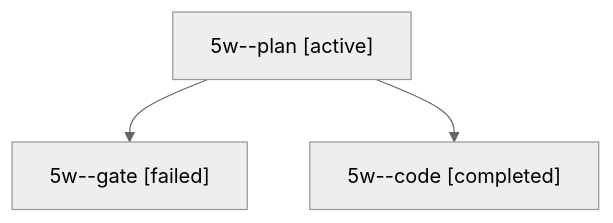
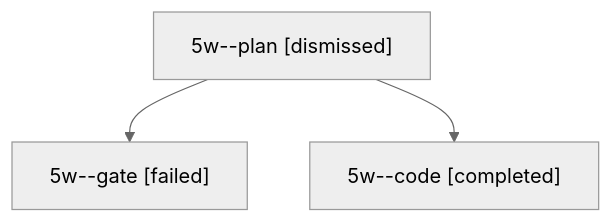
Before and after one commit to sase-org/sase--agents: the diagram in sessions/bbugyi200.apollo.5w.md, drawn with Mermaid (neutral theme). The commit also changed other lines of this file and 10 other files, not shown here.

````diff
--- a/sessions/bbugyi200.apollo.5w.md
+++ b/sessions/bbugyi200.apollo.5w.md
@@ -9,8 +9,8 @@
 ```mermaid
 flowchart TD
-  n0["5w--plan [active]"]
+  n0["5w--plan [dismissed]"]
   n1["5w--gate [failed]"]
   n0 --> n1
   n2["5w--code [completed]"]
   n0 --> n2
 ```
````
